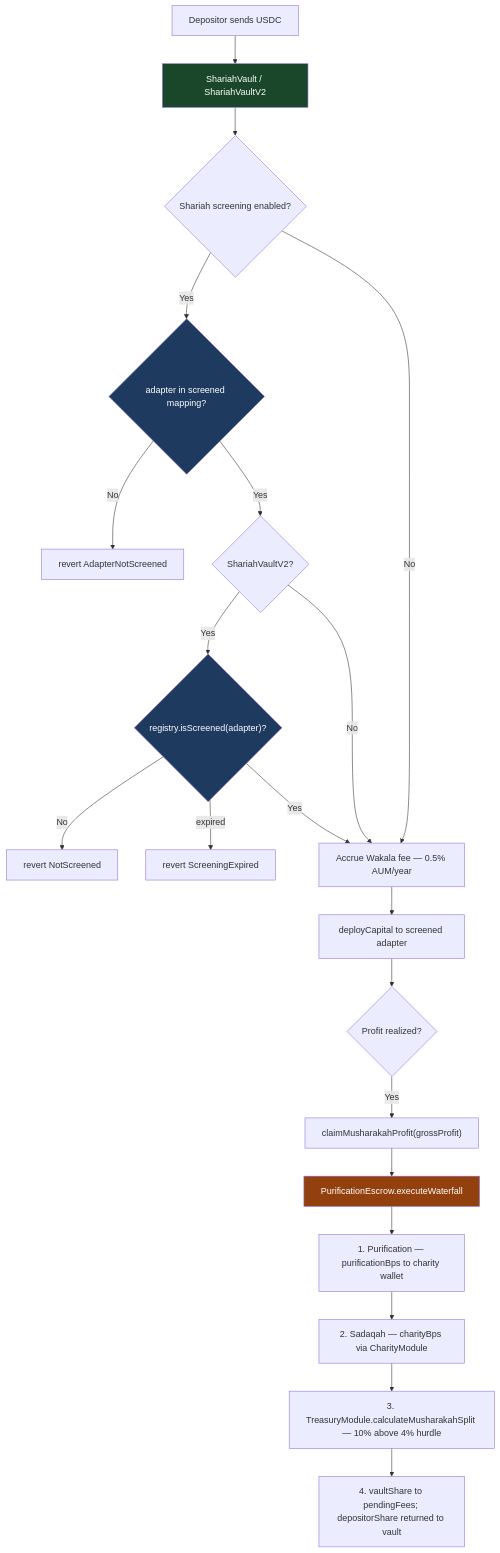
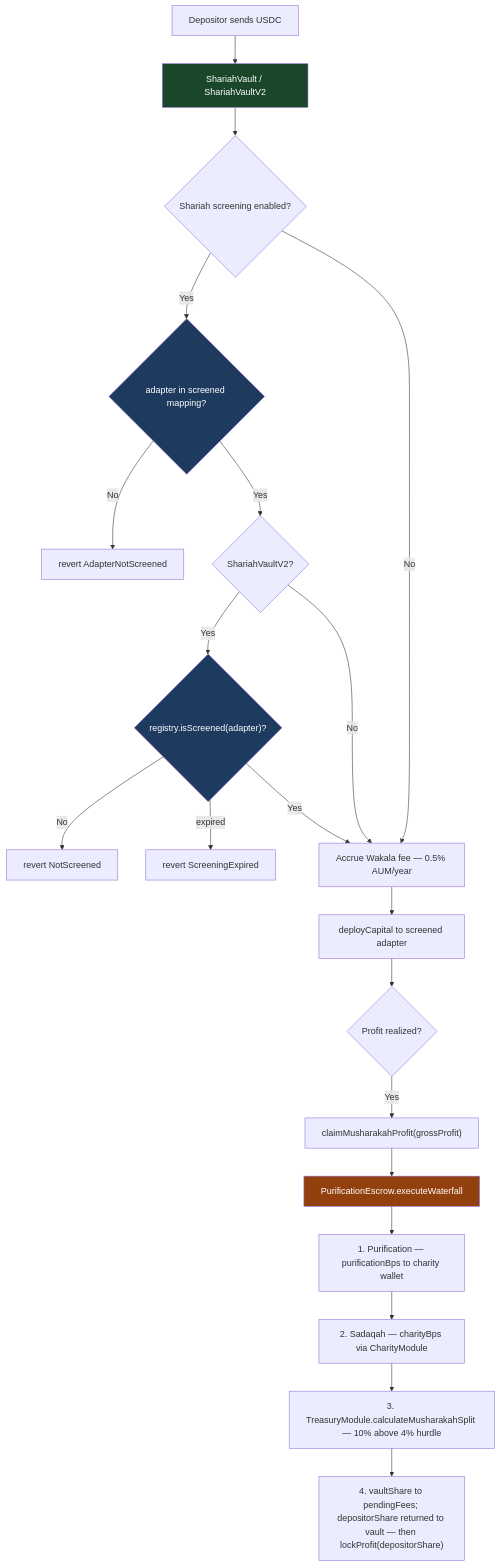
Before and after one commit to 0xhaz/DefiVault-Finance: the eighth of 10 diagrams in README.md, drawn with Mermaid. The commit also changed other lines of this file and 73 other files, not shown here.

````diff
--- a/README.md
+++ b/README.md
@@ -556,30 +579,30 @@
 ```mermaid
 flowchart TD
     D[Depositor sends USDC] --> SV[ShariahVault / ShariahVaultV2]
 
     SV --> SC{Shariah screening enabled?}
     SC -- Yes --> CH{adapter in screened mapping?}
     CH -- No --> REV[revert AdapterNotScreened]
     CH -- Yes --> V2{ShariahVaultV2?}
     V2 -- Yes --> RG{"registry.isScreened(adapter)?"}
     RG -- No --> RNS[revert NotScreened]
     RG -- expired --> RSE[revert ScreeningExpired]
     RG -- Yes --> WF
     V2 -- No --> WF
     SC -- No --> WF["Accrue Wakala fee — 0.5% AUM/year"]
 
     WF --> DC[deployCapital to screened adapter]
 
     DC --> PROFIT{Profit realized?}
     PROFIT -- Yes --> CMC["claimMusharakahProfit(grossProfit)"]
     CMC --> PE["PurificationEscrow.executeWaterfall"]
     PE --> PUR["1. Purification — purificationBps to charity wallet"]
     PUR --> SAD["2. Sadaqah — charityBps via CharityModule"]
     SAD --> MS["3. TreasuryModule.calculateMusharakahSplit — 10% above 4% hurdle"]
-    MS --> RP["4. vaultShare to pendingFees; depositorShare returned to vault"]
+    MS --> RP["4. vaultShare to pendingFees; depositorShare returned to vault — then lockProfit(depositorShare)"]
 
     style SV fill:#1a472a,color:#fff
     style PE fill:#92400e,color:#fff
     style CH fill:#1e3a5f,color:#fff
     style RG fill:#1e3a5f,color:#fff
 ```
````
